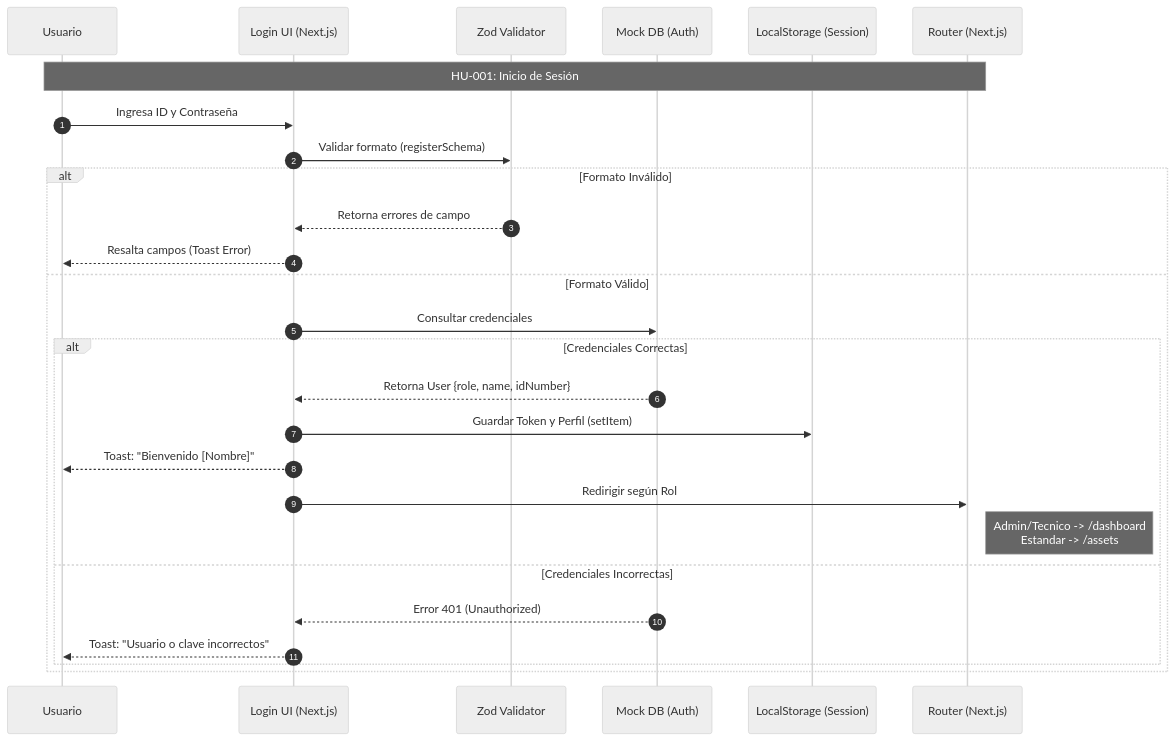
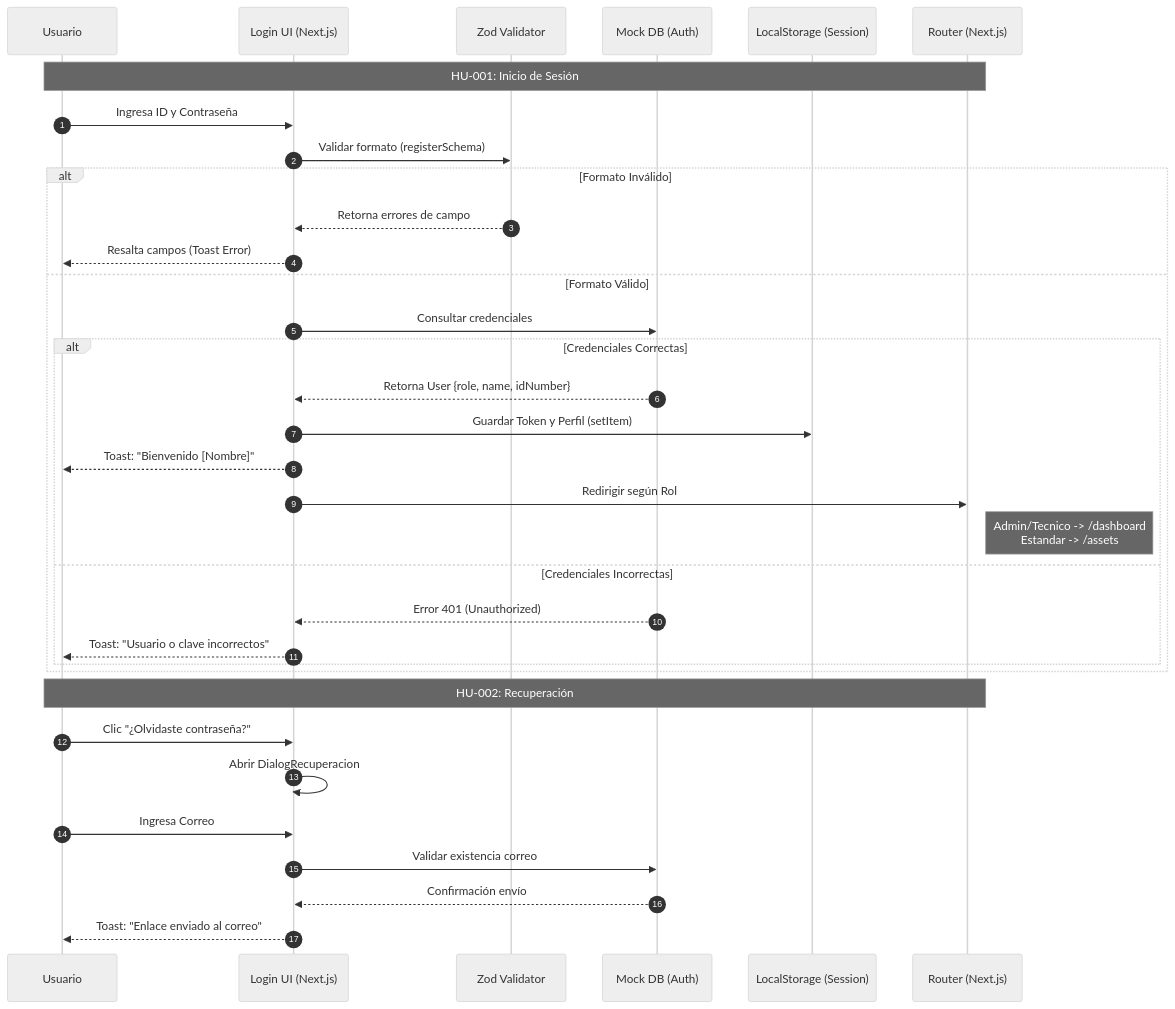
The second of 4 diagrams in DIAGRAMAS.md (KaicerPirata/Proyecto), drawn with Mermaid (neutral theme) before and after one commit. The commit also changed other lines of this file, not shown here.

````diff
--- a/DIAGRAMAS.md
+++ b/DIAGRAMAS.md
@@ -81,30 +81,38 @@
 ```mermaid
 sequenceDiagram
     autonumber
     participant U as Usuario
     participant L as Login UI (Next.js)
     participant V as Zod Validator
     participant DB as Mock DB (Auth)
     participant S as LocalStorage (Session)
     participant R as Router (Next.js)
 
     Note over U, R: HU-001: Inicio de Sesión
     U->>L: Ingresa ID y Contraseña
     L->>V: Validar formato (registerSchema)
     alt Formato Inválido
         V-->>L: Retorna errores de campo
         L-->>U: Resalta campos (Toast Error)
     else Formato Válido
         L->>DB: Consultar credenciales
         alt Credenciales Correctas
             DB-->>L: Retorna User {role, name, idNumber}
             L->>S: Guardar Token y Perfil (setItem)
             L-->>U: Toast: "Bienvenido [Nombre]"
             L->>R: Redirigir según Rol
             Note right of R: Admin/Tecnico -> /dashboard<br/>Estandar -> /assets
         else Credenciales Incorrectas
             DB-->>L: Error 401 (Unauthorized)
             L-->>U: Toast: "Usuario o clave incorrectos"
         end
     end
+
+    Note over U, R: HU-002: Recuperación
+    U->>L: Clic "¿Olvidaste contraseña?"
+    L->>L: Abrir DialogRecuperacion
+    U->>L: Ingresa Correo
+    L->>DB: Validar existencia correo
+    DB-->>L: Confirmación envío
+    L-->>U: Toast: "Enlace enviado al correo"
 ```
````
